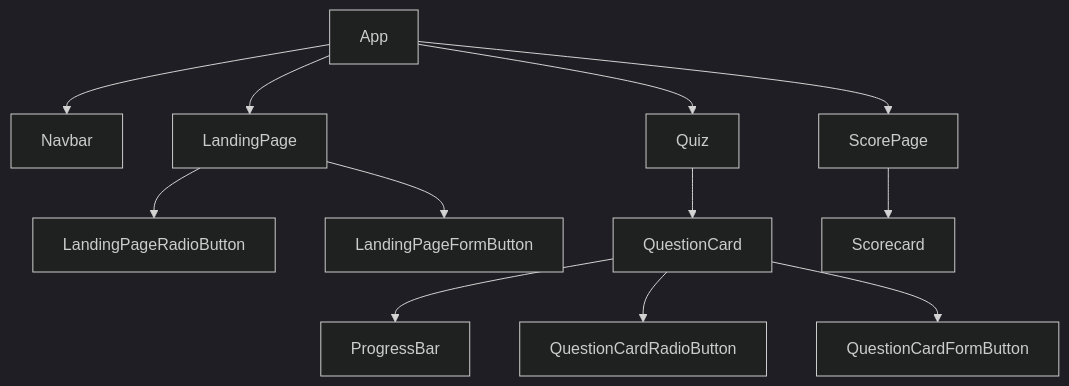
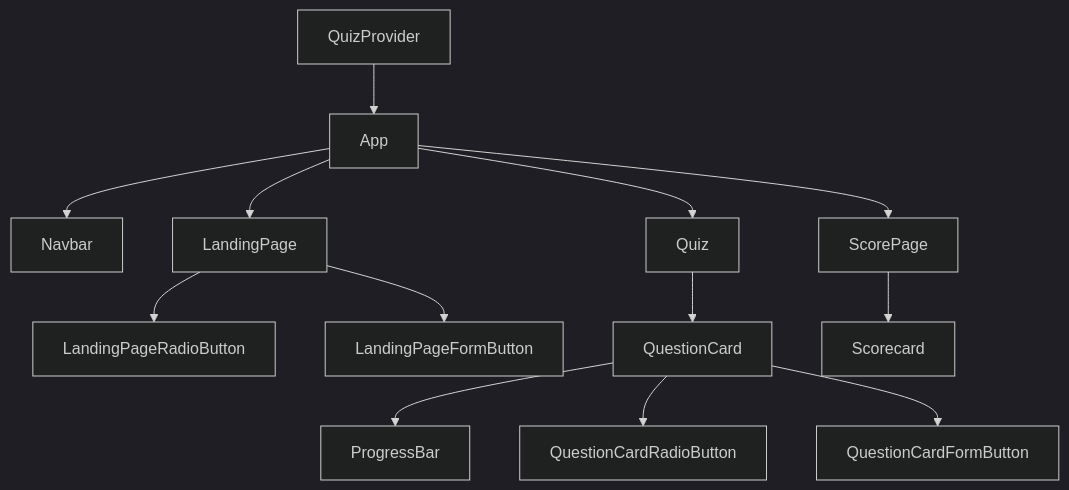
Before and after one commit to aulakhsahib/frontend-quiz: the diagram in components.md, drawn with Mermaid (dark theme). The commit also changed 2 other files, not shown here.

Commit message:
removed redundant code

````diff
--- a/components.md
+++ b/components.md
@@ -241,15 +241,16 @@
 ```mermaid
 flowchart TB
+    QuizProvider --> App
     App --> Navbar
     App --> LandingPage
     LandingPage -->LandingPageRadioButton
     LandingPage -->LandingPageFormButton
     App --> Quiz
     Quiz --> QuestionCard
     QuestionCard --> ProgressBar
     QuestionCard --> QuestionCardRadioButton
     QuestionCard --> QuestionCardFormButton
     App --> ScorePage
     ScorePage --> Scorecard
 
 ```
````
